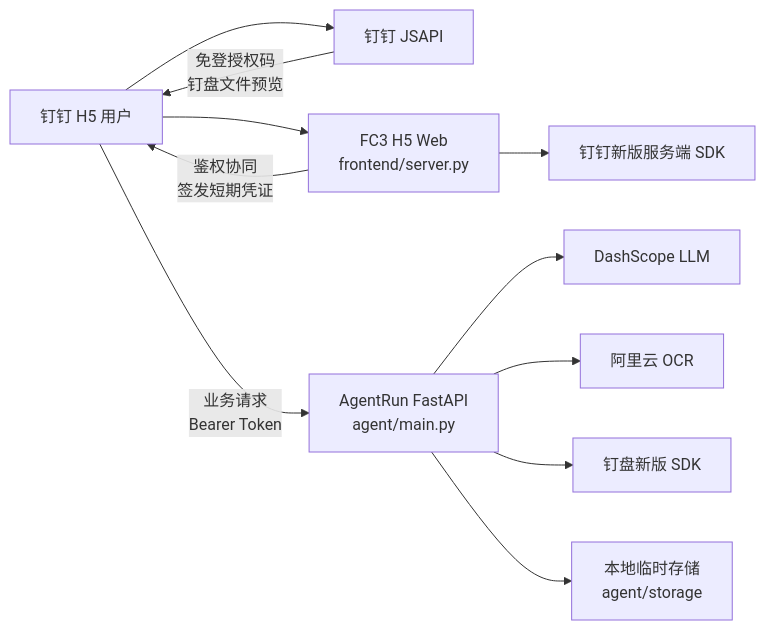
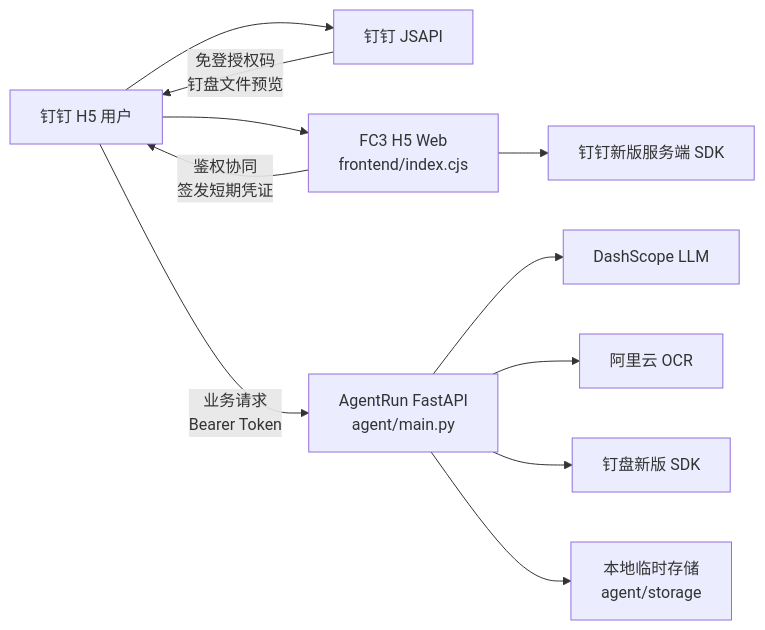
The first of 3 diagrams in SPEC/ARCHITECTURE.md (yuqingyang3019-cyber/hetong), drawn with Mermaid before and after one commit. The commit also changed other lines of this file and 10 other files, not shown here.

````diff
--- a/SPEC/ARCHITECTURE.md
+++ b/SPEC/ARCHITECTURE.md
@@ -36,13 +36,13 @@
 ```mermaid
 flowchart LR
   user["钉钉 H5 用户"] --> jsapi["钉钉 JSAPI"]
-  user --> h5["FC3 H5 Web\nfrontend/server.py"]
+  user --> h5["FC3 H5 Web\nfrontend/index.cjs"]
   h5 -->|"鉴权协同\n签发短期凭证"| user
   h5 --> dingtalk["钉钉新版服务端 SDK"]
   user -->|"业务请求\nBearer Token"| agent["AgentRun FastAPI\nagent/main.py"]
   jsapi -->|"免登授权码\n钉盘文件预览"| user
   agent --> dashscope["DashScope LLM"]
   agent --> aliyunOcr["阿里云 OCR"]
   agent --> dingdrive["钉盘新版 SDK"]
   agent --> localStorage["本地临时存储\nagent/storage"]
 ```
````
